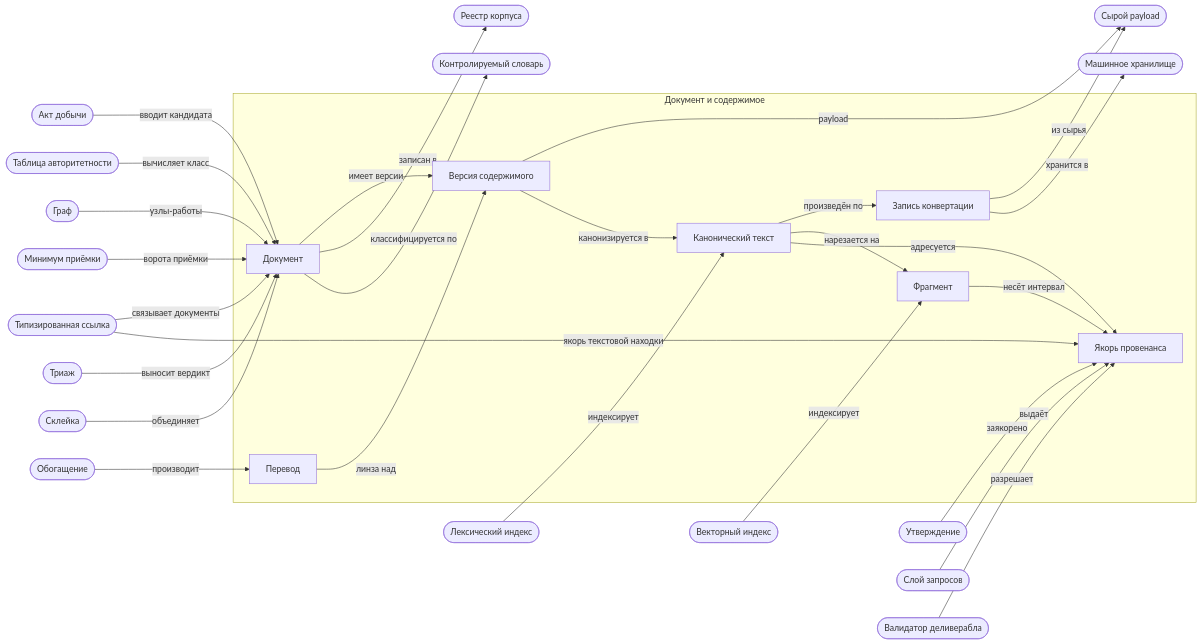
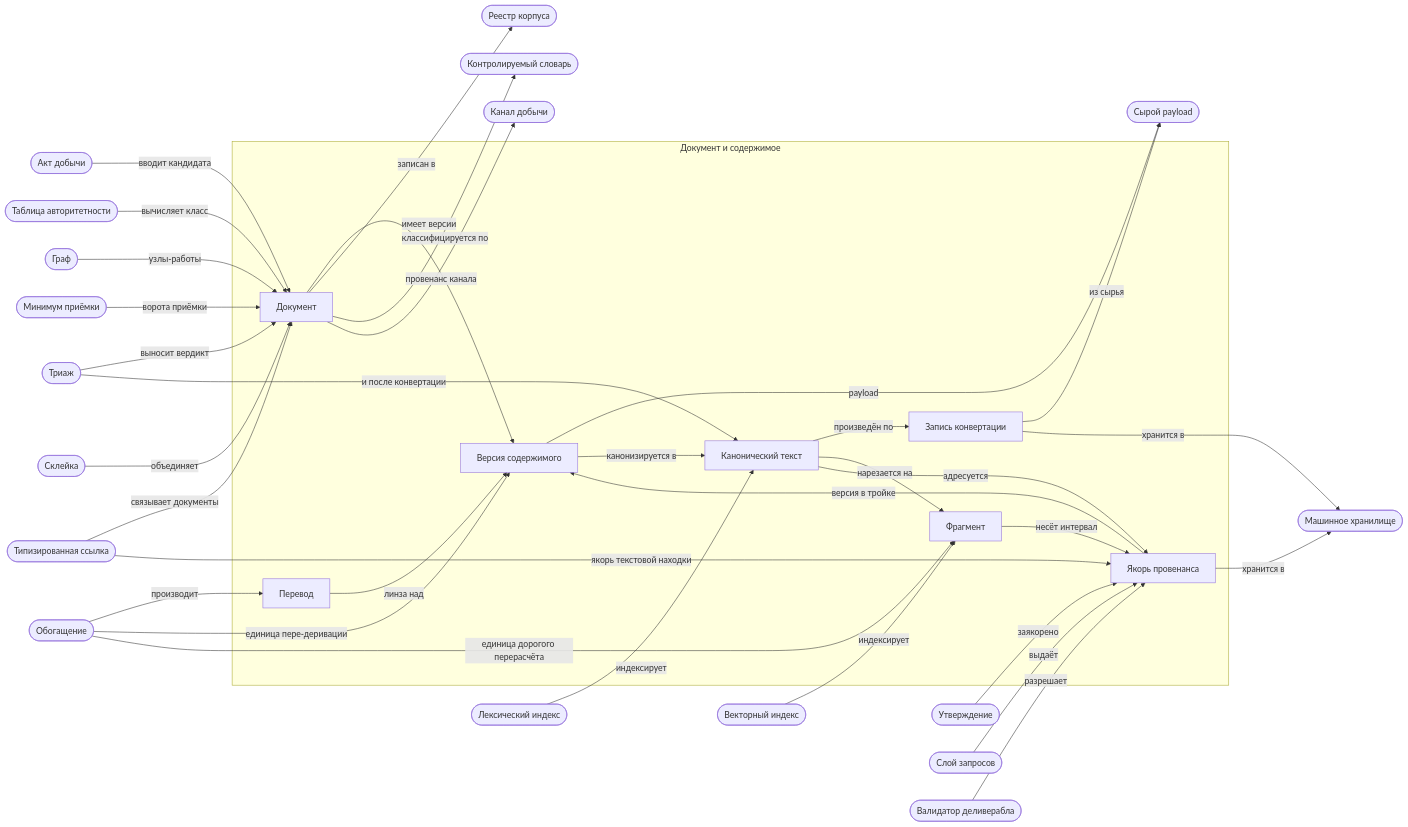
One commit to HelgDemidov/PretRAGa changed the fourth of 10 diagrams in docs/system_design/design_truth/entity_map.md. Above: the diagram before and after it, drawn with Mermaid. The commit also changed other lines of this file and 11 other files, not shown here.

````diff
--- a/docs/system_design/design_truth/entity_map.md
+++ b/docs/system_design/design_truth/entity_map.md
@@ -83,55 +209,62 @@
 ```mermaid
 flowchart LR
     subgraph content["Документ и содержимое"]
         Document["Документ"]
         ContentVersion["Версия содержимого"]
         CanonicalText["Канонический текст"]
         ConversionRecord["Запись конвертации"]
         ProvenanceAnchor["Якорь провенанса"]
         Fragment["Фрагмент"]
         Translation["Перевод"]
     end
     AcquisitionAct(["Акт добычи"])
     RawPayload(["Сырой payload"])
     CorpusRegistry(["Реестр корпуса"])
     ControlledVocabulary(["Контролируемый словарь"])
     AuthorityRuleTable(["Таблица авторитетности"])
+    AcquisitionChannel(["Канал добычи"])
     Claim(["Утверждение"])
     TypedReference(["Типизированная ссылка"])
     GraphLayer(["Граф"])
     MachineStore(["Машинное хранилище"])
     VectorIndex(["Векторный индекс"])
     LexicalIndex(["Лексический индекс"])
     AdmissionMinimum(["Минимум приёмки"])
     Triage(["Триаж"])
     MergeOperation(["Склейка"])
     Enrichment(["Обогащение"])
     QueryLayer(["Слой запросов"])
     DeliverableValidator(["Валидатор деливерабла"])
     AcquisitionAct -- "вводит кандидата" --> Document
     Document -- "имеет версии" --> ContentVersion
     ContentVersion -- "payload" --> RawPayload
     ContentVersion -- "канонизируется в" --> CanonicalText
     CanonicalText -- "произведён по" --> ConversionRecord
     ConversionRecord -- "из сырья" --> RawPayload
     CanonicalText -- "нарезается на" --> Fragment
     CanonicalText -- "адресуется" --> ProvenanceAnchor
     Fragment -- "несёт интервал" --> ProvenanceAnchor
     Translation -- "линза над" --> ContentVersion
     Document -- "записан в" --> CorpusRegistry
     Document -- "классифицируется по" --> ControlledVocabulary
     AuthorityRuleTable -- "вычисляет класс" --> Document
+    Document -- "провенанс канала" --> AcquisitionChannel
+    ProvenanceAnchor -- "версия в тройке" --> ContentVersion
     Claim -- "заякорено" --> ProvenanceAnchor
     TypedReference -- "связывает документы" --> Document
     TypedReference -- "якорь текстовой находки" --> ProvenanceAnchor
     GraphLayer -- "узлы-работы" --> Document
     ConversionRecord -- "хранится в" --> MachineStore
     VectorIndex -- "индексирует" --> Fragment
     LexicalIndex -- "индексирует" --> CanonicalText
+    ProvenanceAnchor -- "хранится в" --> MachineStore
     AdmissionMinimum -- "ворота приёмки" --> Document
     Triage -- "выносит вердикт" --> Document
     MergeOperation -- "объединяет" --> Document
     Enrichment -- "производит" --> Translation
+    Triage -- "и после конвертации" --> CanonicalText
+    Enrichment -- "единица пере-деривации" --> ContentVersion
+    Enrichment -- "единица дорогого перерасчёта" --> Fragment
     QueryLayer -- "выдаёт" --> ProvenanceAnchor
     DeliverableValidator -- "разрешает" --> ProvenanceAnchor
 ```
````
